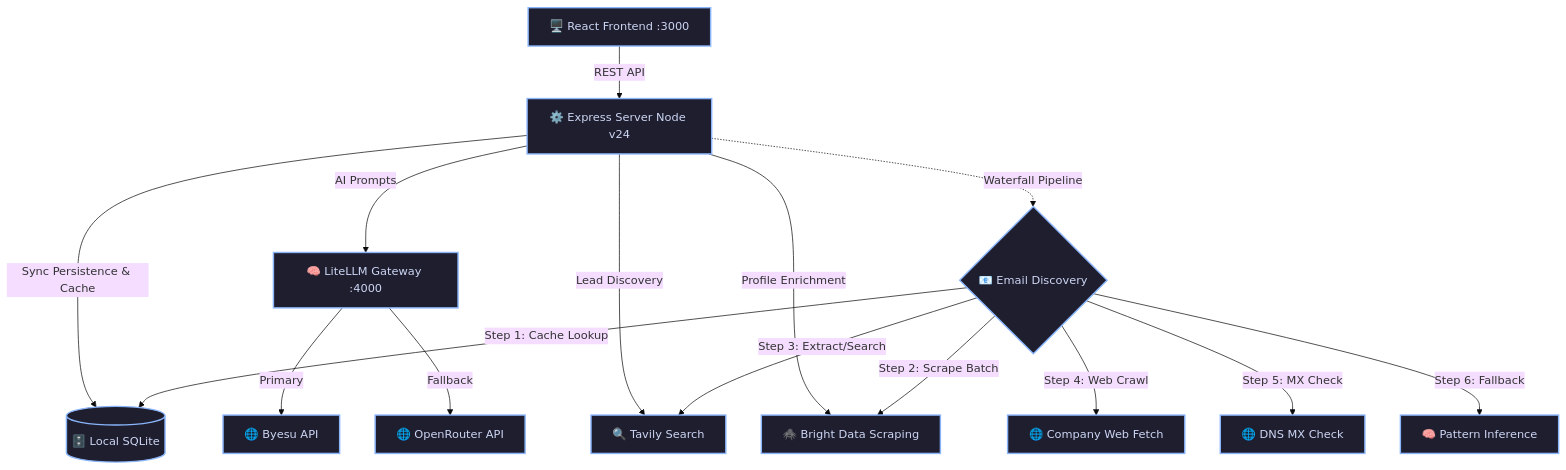
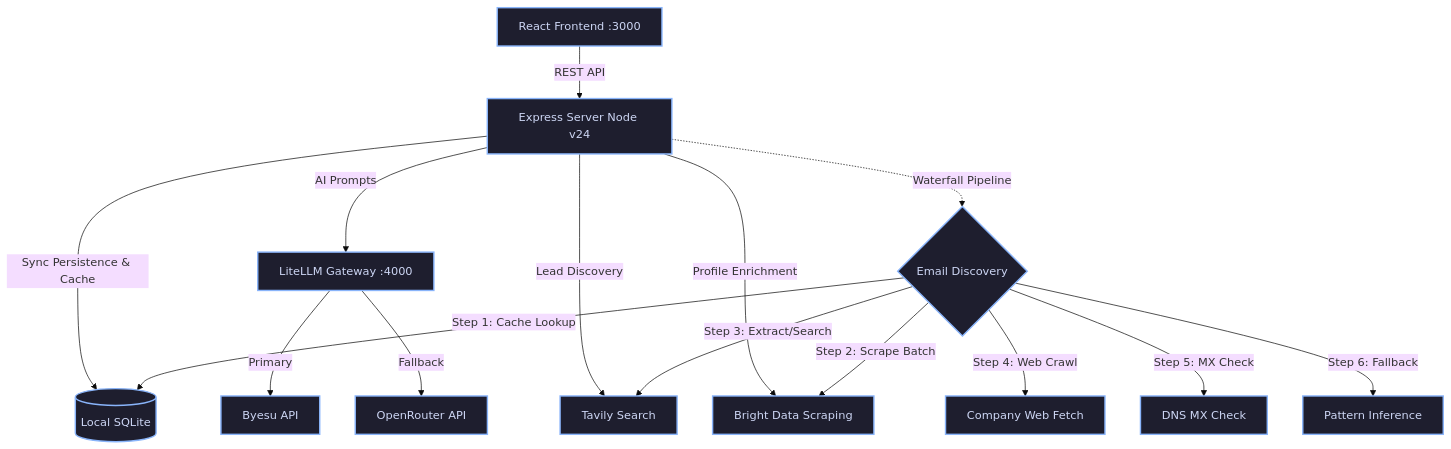
One commit to AliasHolmes/Apex-CRM changed the diagram in README.md. Above: the diagram before and after it, drawn with Mermaid (base theme). The commit also changed other lines of this file and 7 other files, not shown here.

````diff
--- a/README.md
+++ b/README.md
@@ -27,26 +27,26 @@
 ```mermaid
 graph TD
-    Client[🖥️ React Frontend :3000] -->|REST API| Server[⚙️ Express Server Node v24]
-    Server -->|Sync Persistence & Cache| DB[(🗄️ Local SQLite)]
+    Client[React Frontend :3000] -->|REST API| Server[Express Server Node v24]
+    Server -->|Sync Persistence & Cache| DB[(Local SQLite)]
     
     %% LLM Pathway
-    Server -->|AI Prompts| LLM[🧠 LiteLLM Gateway :4000]
-    LLM -->|Primary| Byesu[🌐 Byesu API]
-    LLM -->|Fallback| OpenRouter[🌐 OpenRouter API]
+    Server -->|AI Prompts| LLM[LiteLLM Gateway :4000]
+    LLM -->|Primary| Byesu[Byesu API]
+    LLM -->|Fallback| OpenRouter[OpenRouter API]
 
     %% Search & Enrichment
-    Server -->|Lead Discovery| Tavily[🔍 Tavily Search]
-    Server -->|Profile Enrichment| BrightData[🕷️ Bright Data Scraping]
+    Server -->|Lead Discovery| Tavily[Tavily Search]
+    Server -->|Profile Enrichment| BrightData[Bright Data Scraping]
 
     %% Email Discovery Pipeline
-    Server -.->|Waterfall Pipeline| EmailDiscovery{📧 Email Discovery}
+    Server -.->|Waterfall Pipeline| EmailDiscovery{Email Discovery}
     EmailDiscovery -->|Step 1: Cache Lookup| DB
     EmailDiscovery -->|Step 2: Scrape Batch| BrightData
     EmailDiscovery -->|Step 3: Extract/Search| Tavily
-    EmailDiscovery -->|Step 4: Web Crawl| Crawl[🌐 Company Web Fetch]
-    EmailDiscovery -->|Step 5: MX Check| DNS[🌐 DNS MX Check]
-    EmailDiscovery -->|Step 6: Fallback| Pattern[🧠 Pattern Inference]
+    EmailDiscovery -->|Step 4: Web Crawl| Crawl[Company Web Fetch]
+    EmailDiscovery -->|Step 5: MX Check| DNS[DNS MX Check]
+    EmailDiscovery -->|Step 6: Fallback| Pattern[Pattern Inference]
 
     classDef tech fill:#1e1e2e,stroke:#89b4fa,stroke-width:2px,color:#cdd6f4;
     class Client,Server,DB,LLM,Byesu,OpenRouter,Tavily,BrightData,EmailDiscovery,Crawl,DNS,Pattern tech;
 ```
````
